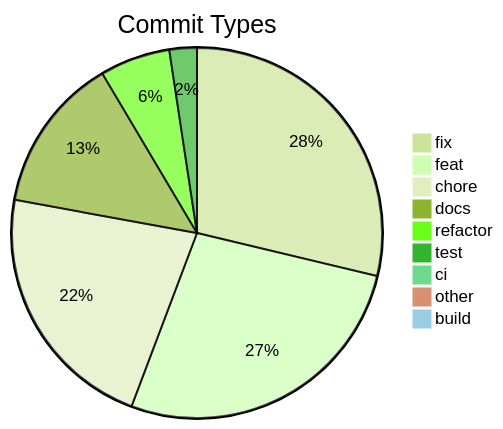
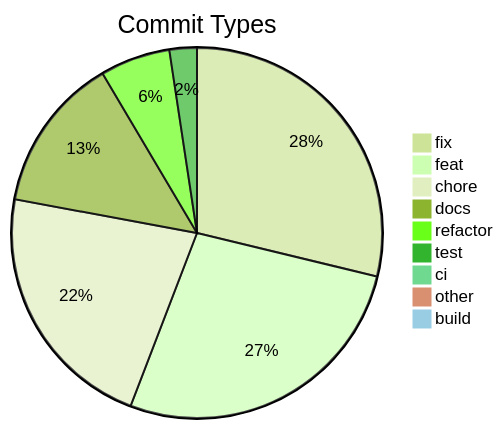
Before and after one commit to svenroth-ai/shipwright: the diagram in .shipwright/compliance/change-history.md, drawn with Mermaid (forest theme). The commit also changed other lines of this file and 27 other files, not shown here.

````diff
--- a/.shipwright/compliance/change-history.md
+++ b/.shipwright/compliance/change-history.md
@@ -8,12 +8,12 @@
 ```mermaid
 pie title Commit Types
-    "fix" : 300
-    "feat" : 282
+    "fix" : 301
+    "feat" : 283
     "chore" : 231
     "docs" : 142
     "refactor" : 64
     "test" : 25
     "ci" : 7
     "other" : 7
     "build" : 1
 ```
````
